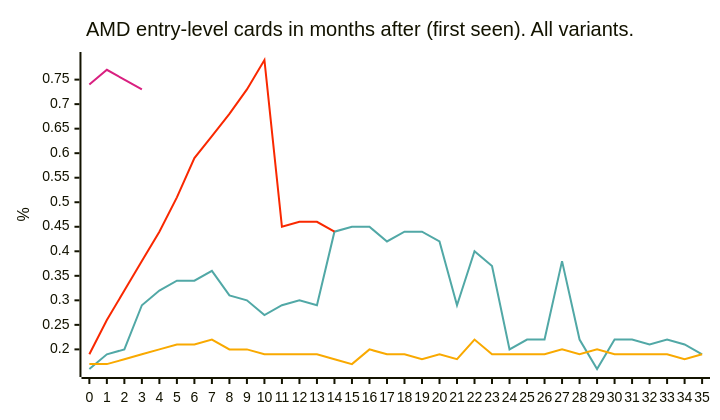
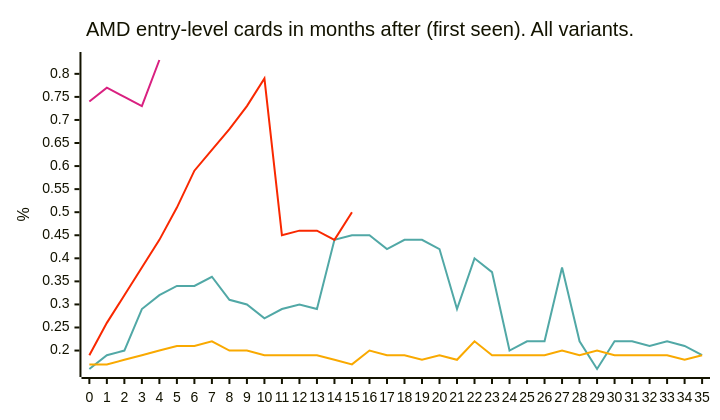
Before and after one commit to jdegene/steamHWsurvey: the tenth of 31 diagrams in README.md, drawn with Mermaid. The commit also changed other lines of this file and 2 other files, not shown here.

````diff
--- a/README.md
+++ b/README.md
@@ -352,23 +352,23 @@
 ```mermaid
 ---
 config:
     xyChart:
         width: 700
         height: 400
         
     themeVariables:
         xyChart:
             plotColorPalette: "#51a8a6,#f9a900,#f92800,#d92080,#8a52a6"
 
 --- 
 
 
 xychart-beta
     title "AMD entry-level cards in months after (first seen). All variants."
     x-axis[0, 1, 2, 3, 4, 5, 6, 7, 8, 9, 10, 11, 12, 13, 14, 15, 16, 17, 18, 19, 20, 21, 22, 23, 24, 25, 26, 27, 28, 29, 30, 31, 32, 33, 34, 35]
     y-axis "%" 
     line [0.16, 0.19, 0.2, 0.29, 0.32, 0.33999999999999997, 0.33999999999999997, 0.36, 0.31, 0.3, 0.27, 0.29, 0.3, 0.29, 0.44, 0.45000000000000007, 0.45000000000000007, 0.42, 0.43999999999999995, 0.44, 0.42, 0.29, 0.4, 0.37, 0.2, 0.22, 0.22, 0.38000000000000006, 0.22, 0.16, 0.22, 0.22, 0.21, 0.22, 0.21, 0.19]
     line [0.16999999999999998, 0.16999999999999998, 0.18, 0.19, 0.2, 0.21, 0.21, 0.22, 0.2, 0.2, 0.19, 0.19, 0.19, 0.19, 0.18, 0.16999999999999998, 0.2, 0.19, 0.19, 0.18, 0.19, 0.18, 0.22, 0.19, 0.19, 0.19, 0.19, 0.2, 0.19, 0.2, 0.19, 0.19, 0.19, 0.19, 0.18, 0.19]
-    line [0.19, 0.26, 0.32, 0.38, 0.44, 0.51, 0.59, 0.635, 0.6799999999999999, 0.73, 0.79, 0.44999999999999996, 0.45999999999999996, 0.45999999999999996, 0.44]
-    line [0.74, 0.77, 0.75, 0.73]
+    line [0.19, 0.26, 0.32, 0.38, 0.44, 0.51, 0.59, 0.635, 0.6799999999999999, 0.73, 0.79, 0.44999999999999996, 0.45999999999999996, 0.45999999999999996, 0.44, 0.5]
+    line [0.74, 0.77, 0.75, 0.73, 0.83]
 ``` 
````
